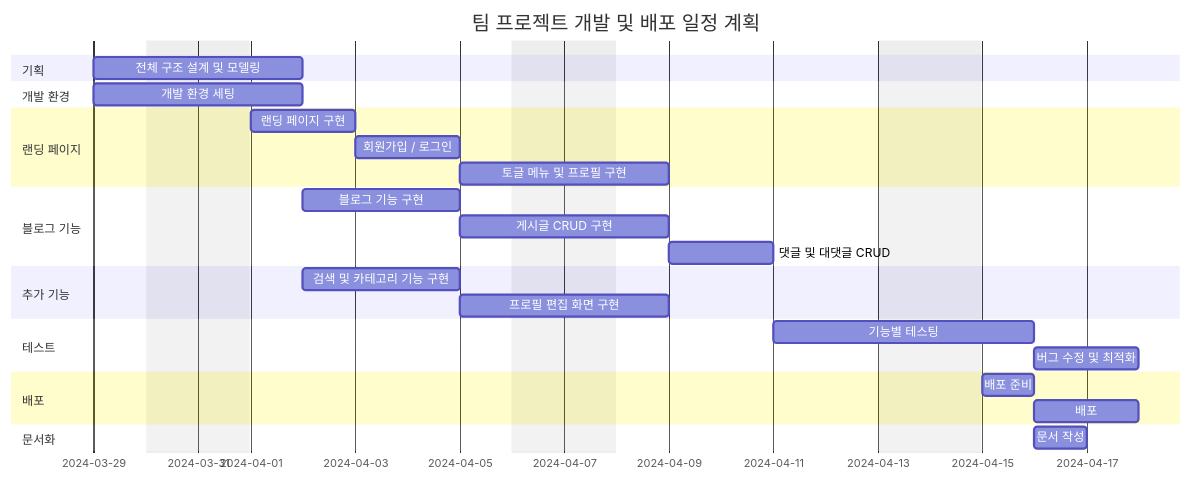
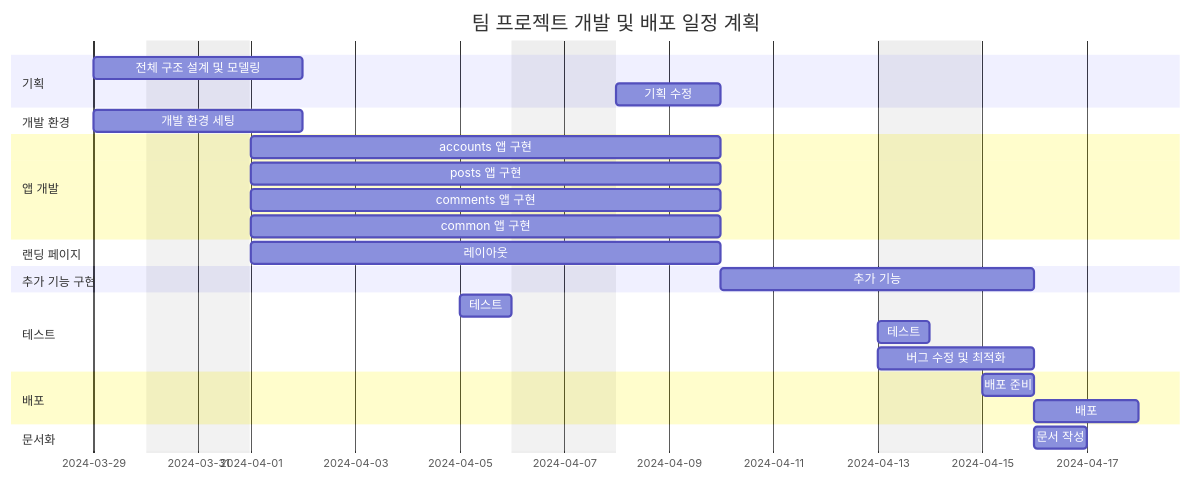
Before and after one commit to AI-Inventory-Forecasting-Team/AI-Inventory-Forecast: the diagram in README.md, drawn with Mermaid.

````diff
--- a/README.md
+++ b/README.md
@@ -2,38 +2,37 @@
 ```mermaid
 gantt
     dateFormat  YYYY-MM-DD
     title 팀 프로젝트 개발 및 배포 일정 계획
     excludes weekends
 
     section 기획
     전체 구조 설계 및 모델링 :des1, 2024-03-29, 2d
+    기획 수정 : 2024-04-08, 2d
 
     section 개발 환경
     개발 환경 세팅 :set1, 2024-03-29, 2d
 
+    section 앱 개발
+    accounts 앱 구현 :acc1, 2024-04-01, 7d
+    posts 앱 구현 :pos1, 2024-04-01, 7d
+    comments 앱 구현 :com1, 2024-04-01, 7d
+    common 앱 구현 :comn1, 2024-04-01, 7d
+
     section 랜딩 페이지
-    랜딩 페이지 구현 :lan1, 2024-04-01, 2d
-    회원가입 / 로그인 : lan2, after lan1, 2d
-    토글 메뉴 및 프로필 구현 : lan3, after lan2, 2d
+    레이아웃 :lan1, 2024-04-01, 7d
 
-    section 블로그 기능
-    블로그 기능 구현 :blog1, after set1, 3d
-    게시글 CRUD 구현 : blog2, after blog1, 2d
-    댓글 및 대댓글 CRUD : blog3, after blog2, 2d
-
-    section 추가 기능
-    검색 및 카테고리 기능 구현 :add1, after set1, 3d
-    프로필 편집 화면 구현 : add2, after add1, 2d
+    section 추가 기능 구현
+    추가 기능 : 2024-04-10, 4d
 
     section 테스트
-    기능별 테스팅 :test1, 2024-04-11, 3d
-    버그 수정 및 최적화 :test2, after test1, 2d
+    테스트 : 2024-04-05, 1d
+    테스트 : 2024-04-13, 1d
+    버그 수정 및 최적화 : 2024-04-13, 2d
 
     section 배포
     배포 준비 :deploy1, 2024-04-15, 1d
     배포 :deploy2, after deploy1, 2d
     
     section 문서화
     문서 작성 : doc1, 2024-04-16, 1d
-
 ```
````
